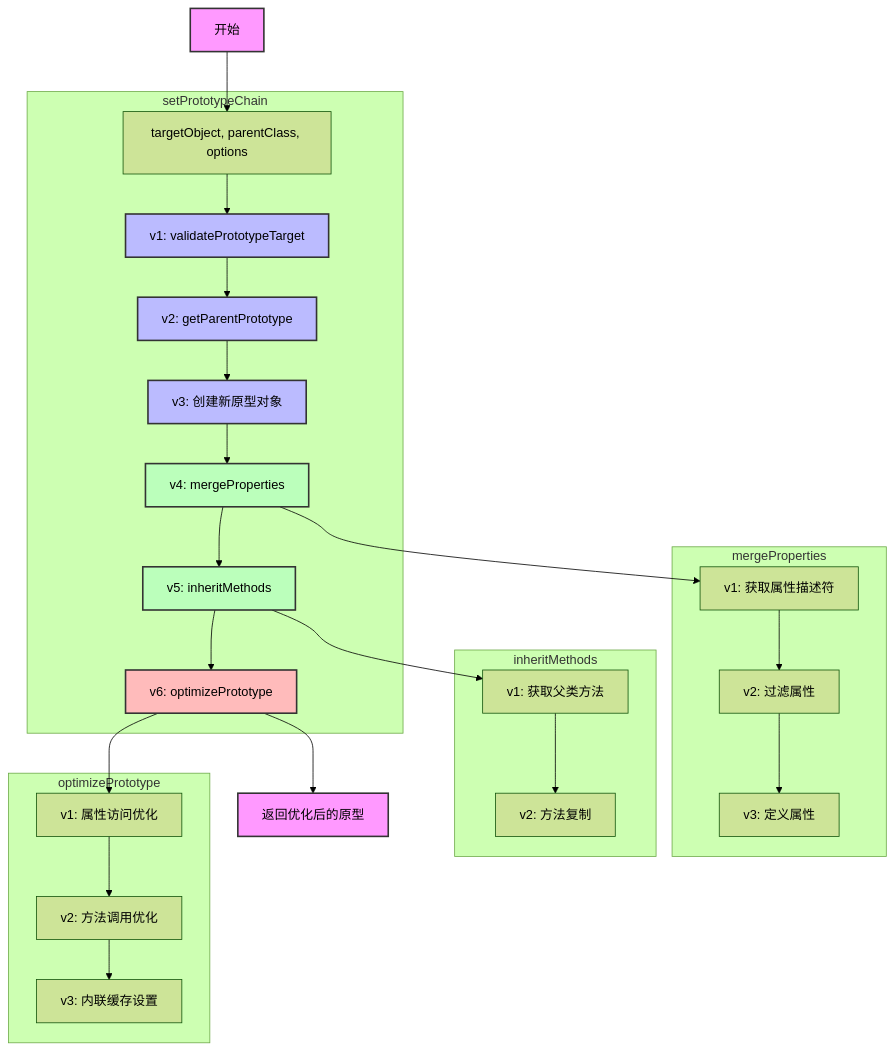
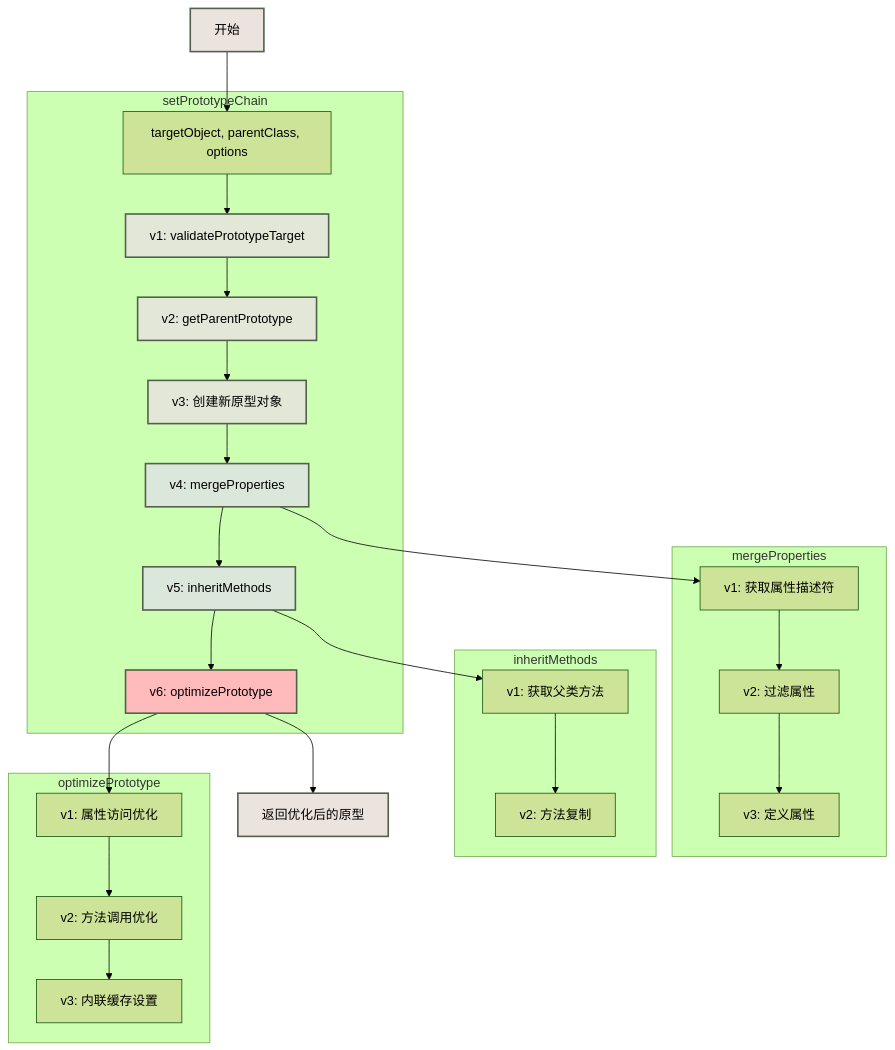
The ninth of 12 diagrams in static-analysis-guide/deep-dive-into-ssa-oop.mdx (yaklang/ssa.to), drawn with Mermaid (forest theme) before and after one commit. The commit also changed other lines of this file and 91 other files, not shown here.

````diff
--- a/static-analysis-guide/deep-dive-into-ssa-oop.mdx
+++ b/static-analysis-guide/deep-dive-into-ssa-oop.mdx
@@ -942,42 +950,42 @@
 ```mermaid
 graph TB
     Start["开始"] --> Init["targetObject, parentClass, options"]
     
     subgraph "setPrototypeChain"
         Init --> V1["v1: validatePrototypeTarget"]
         V1 --> V2["v2: getParentPrototype"]
         V2 --> V3["v3: 创建新原型对象"]
         V3 --> V4["v4: mergeProperties"]
         V4 --> V5["v5: inheritMethods"]
         V5 --> V6["v6: optimizePrototype"]
     end
     
     subgraph "mergeProperties"
         V4 --> MP1["v1: 获取属性描述符"]
         MP1 --> MP2["v2: 过滤属性"]
         MP2 --> MP3["v3: 定义属性"]
     end
     
     subgraph "inheritMethods"
         V5 --> IM1["v1: 获取父类方法"]
         IM1 --> IM2["v2: 方法复制"]
     end
     
     subgraph "optimizePrototype"
         V6 --> OP1["v1: 属性访问优化"]
         OP1 --> OP2["v2: 方法调用优化"]
         OP2 --> OP3["v3: 内联缓存设置"]
     end
     
     V6 --> End["返回优化后的原型"]
     
-    style Start fill:#f9f,stroke:#333,stroke-width:2px
-    style End fill:#f9f,stroke:#333,stroke-width:2px
-    style V1 fill:#bbf,stroke:#333,stroke-width:2px
-    style V2 fill:#bbf,stroke:#333,stroke-width:2px
-    style V3 fill:#bbf,stroke:#333,stroke-width:2px
-    style V4 fill:#bfb,stroke:#333,stroke-width:2px
-    style V5 fill:#bfb,stroke:#333,stroke-width:2px
-    style V6 fill:#fbb,stroke:#333,stroke-width:2px
+    style Start fill:#ebe3dd,stroke:#52604c,stroke-width:2px
+    style End fill:#ebe3dd,stroke:#52604c,stroke-width:2px
+    style V1 fill:#e2e7d7,stroke:#52604c,stroke-width:2px
+    style V2 fill:#e2e7d7,stroke:#52604c,stroke-width:2px
+    style V3 fill:#e2e7d7,stroke:#52604c,stroke-width:2px
+    style V4 fill:#dce7dc,stroke:#52604c,stroke-width:2px
+    style V5 fill:#dce7dc,stroke:#52604c,stroke-width:2px
+    style V6 fill:#fbb,stroke:#52604c,stroke-width:2px
 
 ```
````
